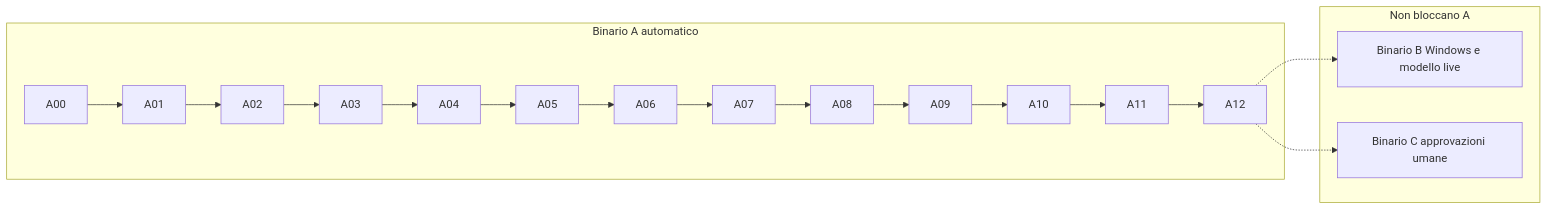
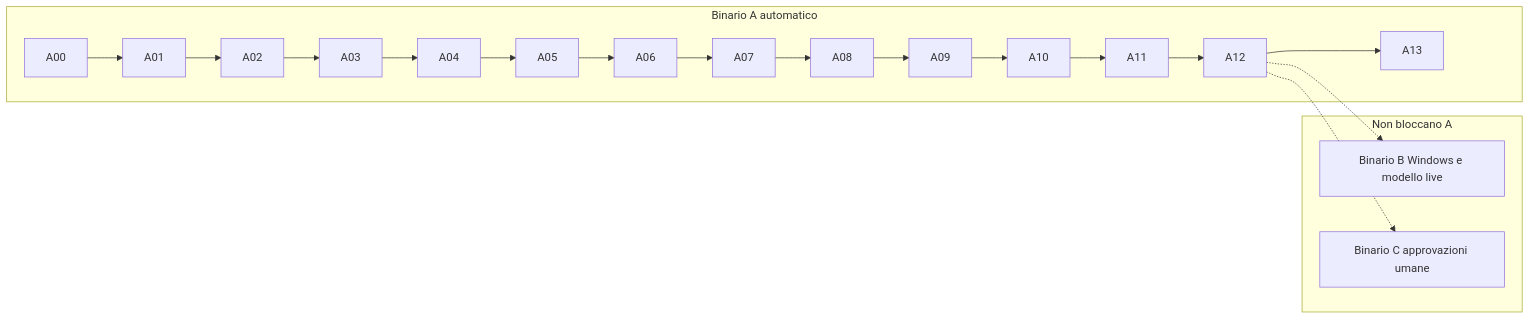
The diagram in roadmap.md (francemazzi/octo_core), drawn with Mermaid before and after one commit. The commit also changed other lines of this file and 85 other files, not shown here.

````diff
--- a/roadmap.md
+++ b/roadmap.md
@@ -47,12 +48,12 @@
 ```mermaid
 flowchart LR
   subgraph autoTrack [Binario A automatico]
-    A00 --> A01 --> A02 --> A03 --> A04 --> A05 --> A06 --> A07 --> A08 --> A09 --> A10 --> A11 --> A12
+    A00 --> A01 --> A02 --> A03 --> A04 --> A05 --> A06 --> A07 --> A08 --> A09 --> A10 --> A11 --> A12 --> A13
   end
   subgraph sideTracks [Non bloccano A]
     B[Binario B Windows e modello live]
     C[Binario C approvazioni umane]
   end
   A12 -.-> B
   A12 -.-> C
 ```
````
